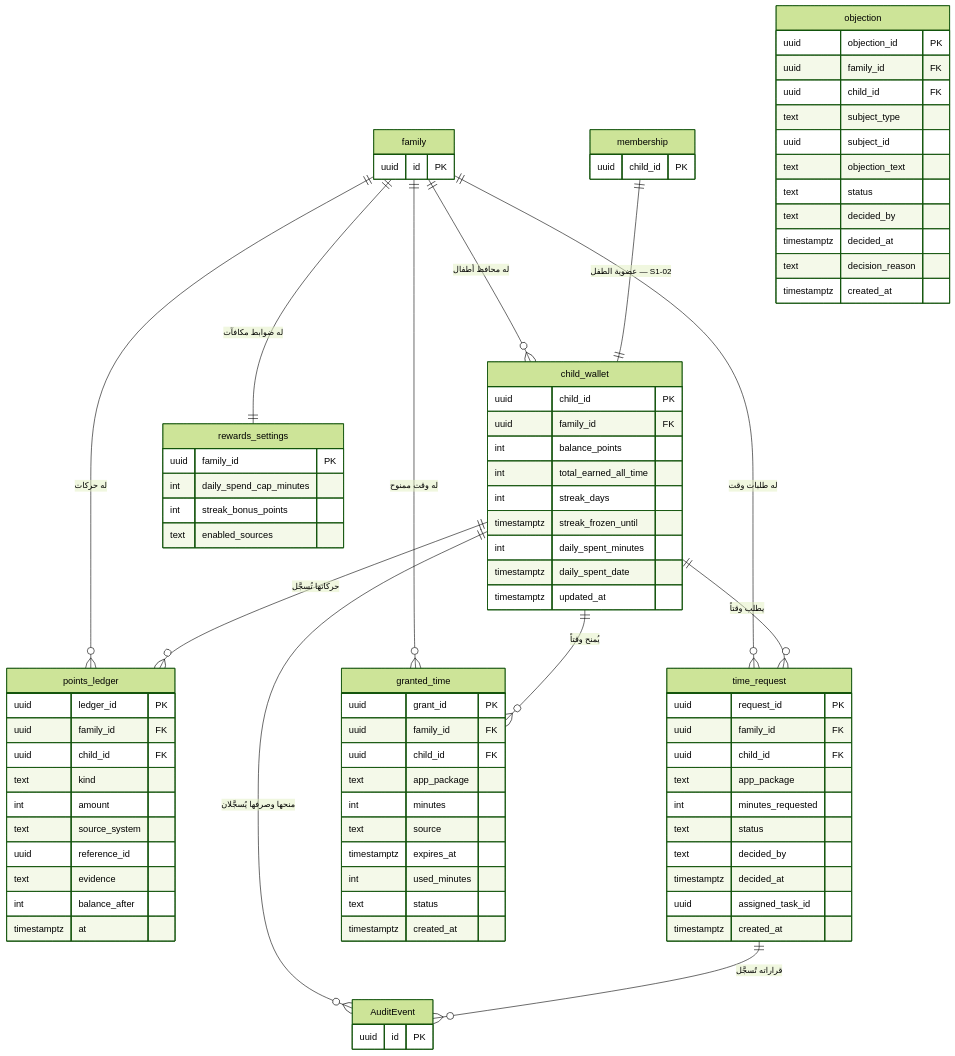
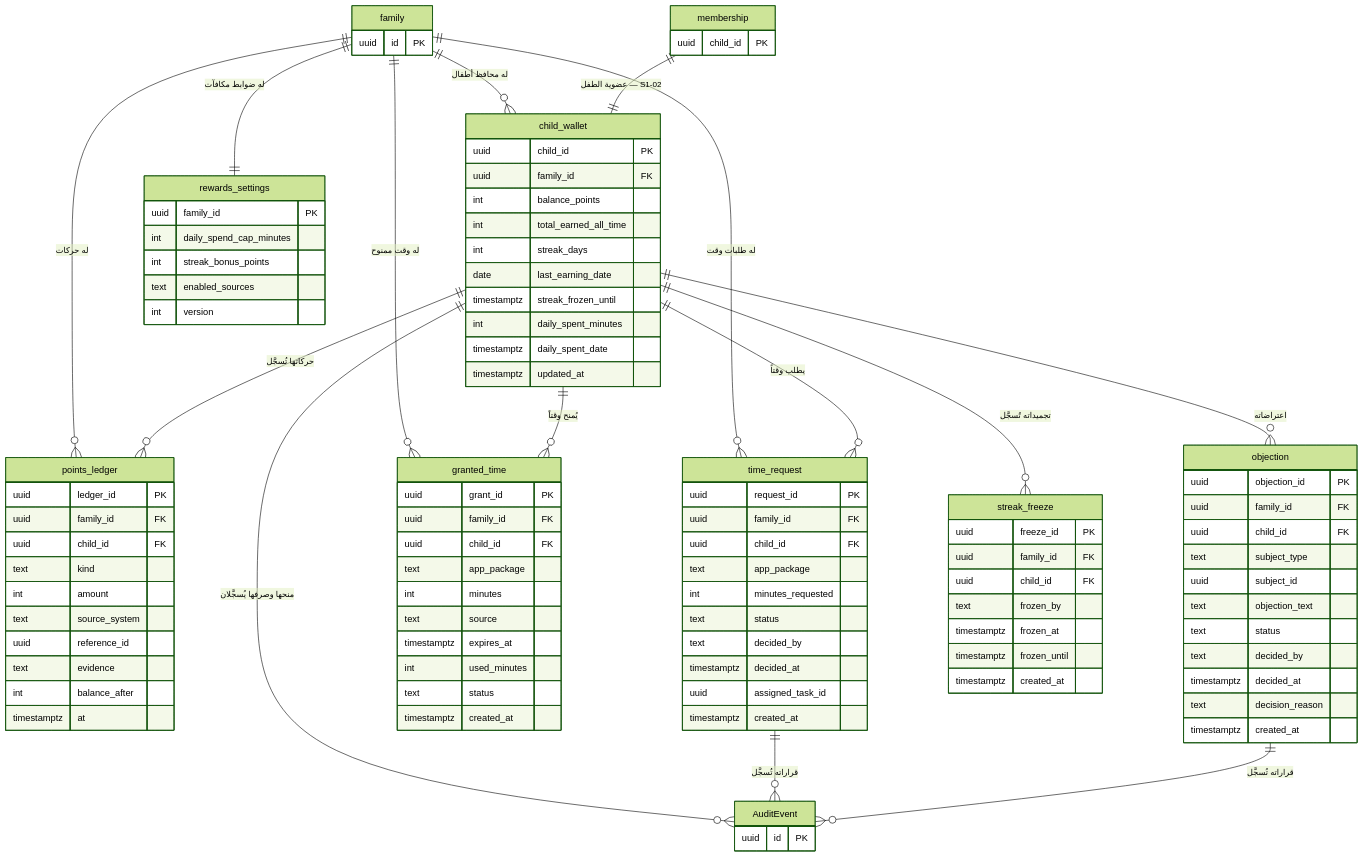
One commit to Bassam-mohammed-alqaeadi/family-os-v2 changed the second of 12 diagrams in docs/family-os/governance/phases/phase-1/S1-05-rewards-children/DIAGRAMS.md. Above: the diagram before and after it, drawn with Mermaid (forest theme). The commit also changed other lines of this file and 3 other files, not shown here.

```diff
--- a/docs/family-os/governance/phases/phase-1/S1-05-rewards-children/DIAGRAMS.md
+++ b/docs/family-os/governance/phases/phase-1/S1-05-rewards-children/DIAGRAMS.md
@@ -86,8 +86,11 @@
     child_wallet ||--o{ points_ledger : "حركاتها تُسجَّل"
     child_wallet ||--o{ time_request : "يطلب وقتاً"
     child_wallet ||--o{ granted_time : "يُمنح وقتاً"
+    child_wallet ||--o{ objection : "اعتراضاته"
+    child_wallet ||--o{ streak_freeze : "تجميداته تُسجَّل"
     child_wallet ||--o{ AuditEvent : "منحها وصرفها يُسجَّلان"
     time_request ||--o{ AuditEvent : "قراراته تُسجَّل"
+    objection ||--o{ AuditEvent : "قراراته تُسجَّل"
 
     child_wallet {
         uuid child_id PK
@@ -95,6 +98,7 @@
         int balance_points
         int total_earned_all_time
         int streak_days
+        date last_earning_date
         timestamptz streak_frozen_until
         int daily_spent_minutes
         timestamptz daily_spent_date
@@ -154,6 +158,16 @@
         int daily_spend_cap_minutes
         int streak_bonus_points
         text enabled_sources
+        int version
+    }
+    streak_freeze {
+        uuid freeze_id PK
+        uuid family_id FK
+        uuid child_id FK
+        text frozen_by
+        timestamptz frozen_at
+        timestamptz frozen_until
+        timestamptz created_at
     }
     family {
         uuid id PK
```
